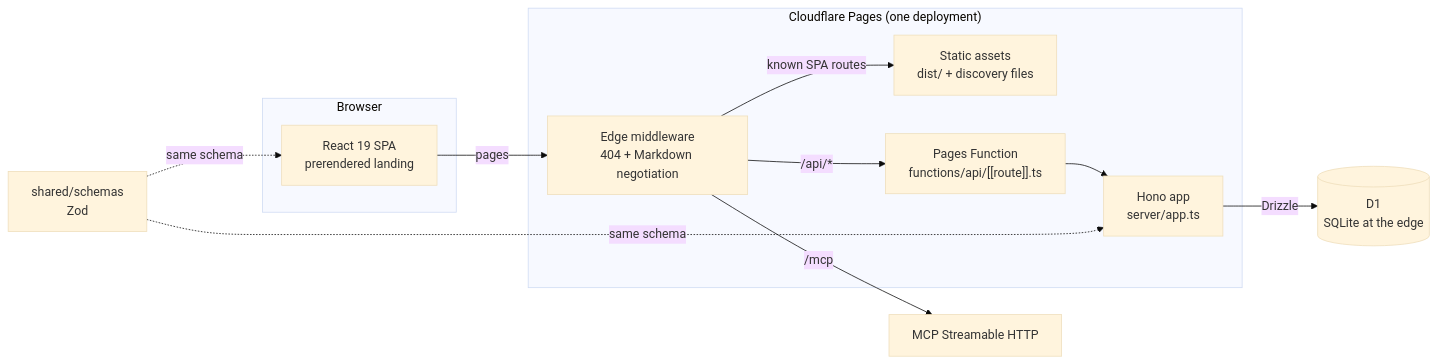
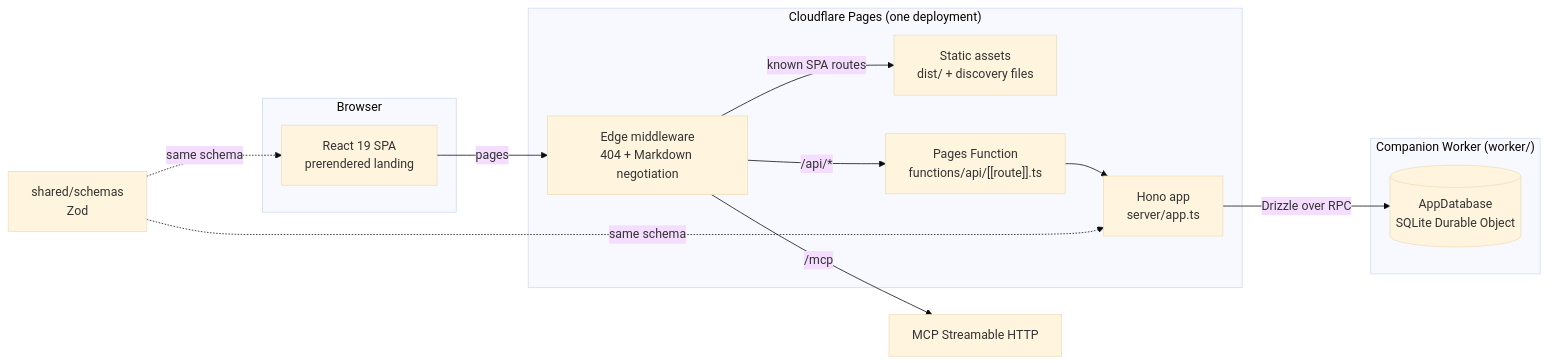
One commit to KarthikSubramanian07/not-cal-hacks changed the first of 3 diagrams in README.md. Above: the diagram before and after it, drawn with Mermaid (base theme). The commit also changed other lines of this file and 6 other files, not shown here.

Commit message:
Document the Durable Object database

````diff
--- a/README.md
+++ b/README.md
@@ -102,22 +102,24 @@
 ```mermaid
 flowchart LR
   subgraph Browser
     SPA["React 19 SPA<br/>prerendered landing"]
   end
   subgraph "Cloudflare Pages (one deployment)"
     M["Edge middleware<br/>404 + Markdown negotiation"]
     A["Static assets<br/>dist/ + discovery files"]
     F["Pages Function<br/>functions/api/[[route]].ts"]
     H["Hono app<br/>server/app.ts"]
   end
-  DB[("D1<br/>SQLite at the edge")]
+  subgraph "Companion Worker (worker/)"
+    DB[("AppDatabase<br/>SQLite Durable Object")]
+  end
 
   SPA -->|"pages"| M
   M -->|"known SPA routes"| A
   M -->|"/api/*"| F --> H
   M -->|"/mcp"| MCP["MCP Streamable HTTP"]
-  H -->|"Drizzle"| DB
+  H -->|"Drizzle over RPC"| DB
 
   Z["shared/schemas<br/>Zod"] -.->|"same schema"| SPA
   Z -.->|"same schema"| H
 ```
````
